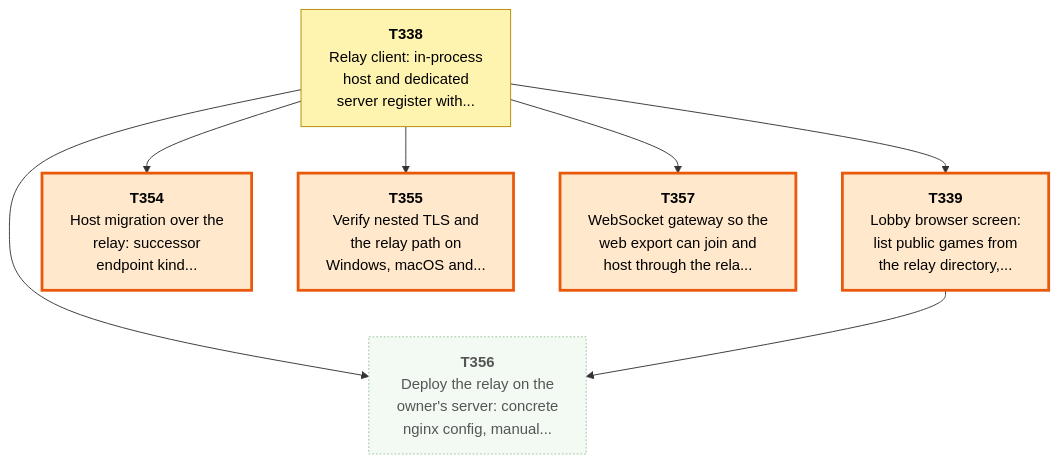
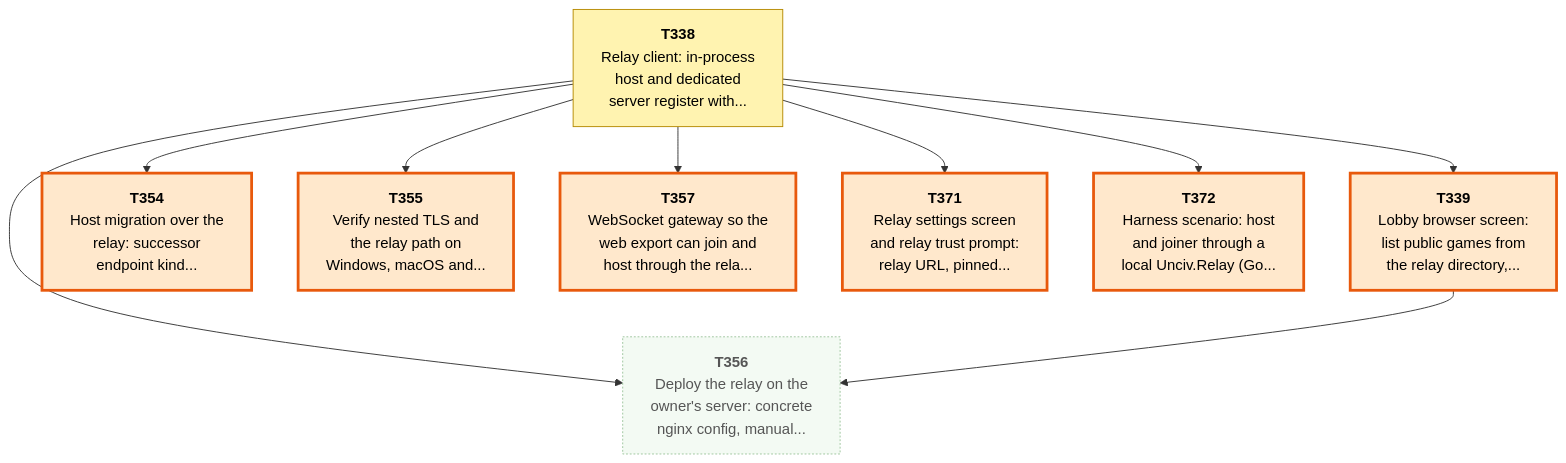
Before and after one commit to Kenmura/Unciv: the first of 7 diagrams in csharp/migration/DEPENDENCY_MAP.md, drawn with Mermaid. The commit also changed other lines of this file, not shown here.

````diff
--- a/csharp/migration/DEPENDENCY_MAP.md
+++ b/csharp/migration/DEPENDENCY_MAP.md
@@ -62,28 +64,34 @@
 ```mermaid
 flowchart TD
   T338["<b>T338</b><br/>Relay client: in-process<br/>host and dedicated<br/>server register with..."]
   T339["<b>T339</b><br/>Lobby browser screen:<br/>list public games from<br/>the relay directory,..."]
   T354["<b>T354</b><br/>Host migration over the<br/>relay: successor<br/>endpoint kind..."]
   T355["<b>T355</b><br/>Verify nested TLS and<br/>the relay path on<br/>Windows, macOS and..."]
   T356["<b>T356</b><br/>Deploy the relay on the<br/>owner's server: concrete<br/>nginx config, manual..."]
   T357["<b>T357</b><br/>WebSocket gateway so the<br/>web export can join and<br/>host through the rela..."]
+  T371["<b>T371</b><br/>Relay settings screen<br/>and relay trust prompt:<br/>relay URL, pinned..."]
+  T372["<b>T372</b><br/>Harness scenario: host<br/>and joiner through a<br/>local Unciv.Relay (Go..."]
   T338 --> T339
   T338 --> T354
   T338 --> T355
   T338 --> T356
   T339 --> T356
   T338 --> T357
+  T338 --> T371
+  T338 --> T372
   classDef waiting fill:#f3faf3,stroke:#9bc49b,color:#555,stroke-dasharray:2 2
   classDef ondeck fill:#ffe8cc,stroke:#e8590c,stroke-width:3px,color:#000
   classDef ready fill:#7ee787,stroke:#1a7f37,stroke-width:3px,color:#000
   classDef prog fill:#fff3b0,stroke:#b58900,color:#000
   classDef review fill:#cfe4ff,stroke:#1f6feb,color:#000
   classDef blocked fill:#ffd6d6,stroke:#c62828,color:#000
   classDef done fill:#eeeeee,stroke:#999999,color:#666,stroke-dasharray:4 3
   class T338 prog
   class T339 ondeck
   class T354 ondeck
   class T355 ondeck
   class T356 waiting
   class T357 ondeck
+  class T371 ondeck
+  class T372 ondeck
 ```
````
